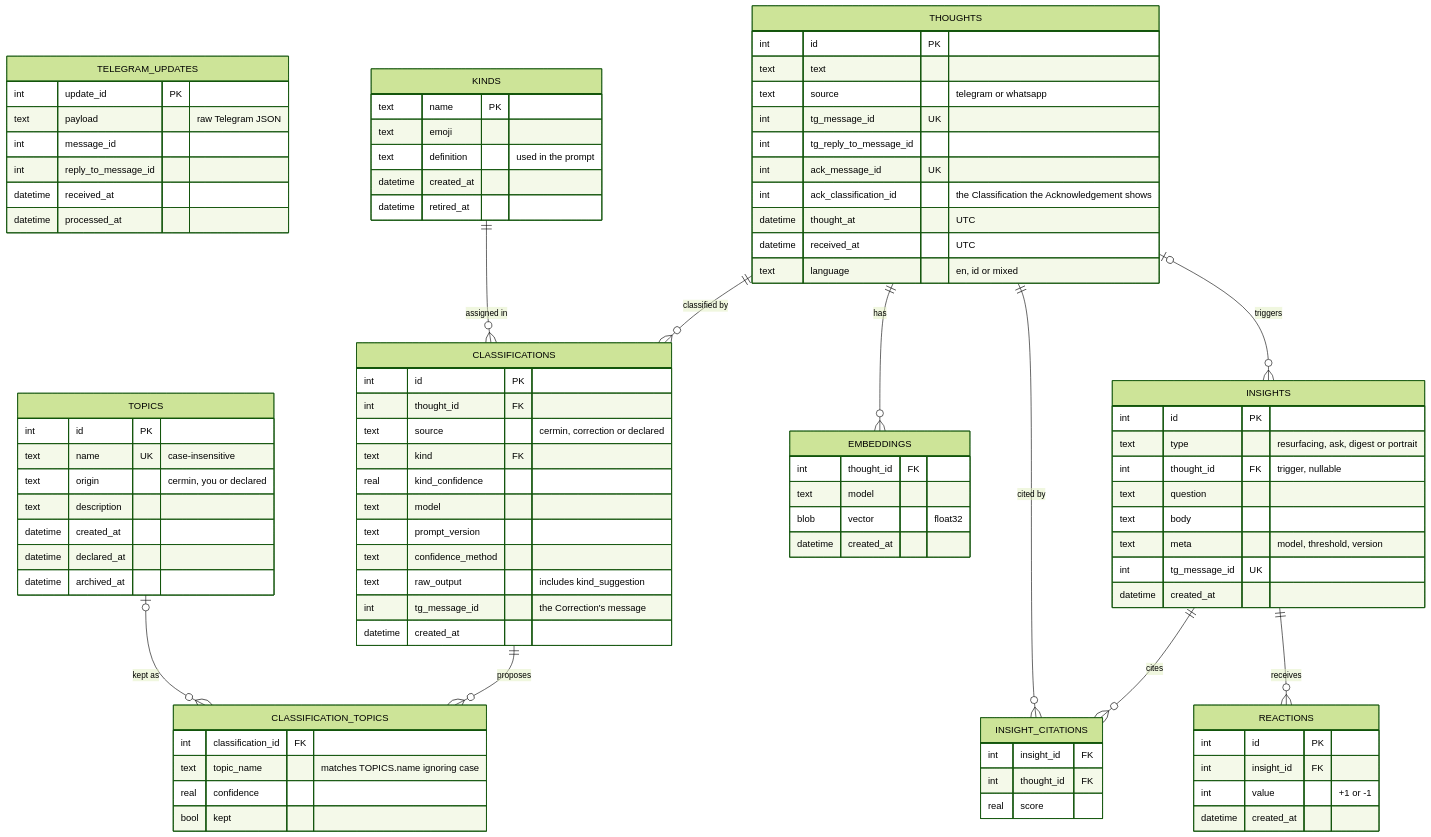
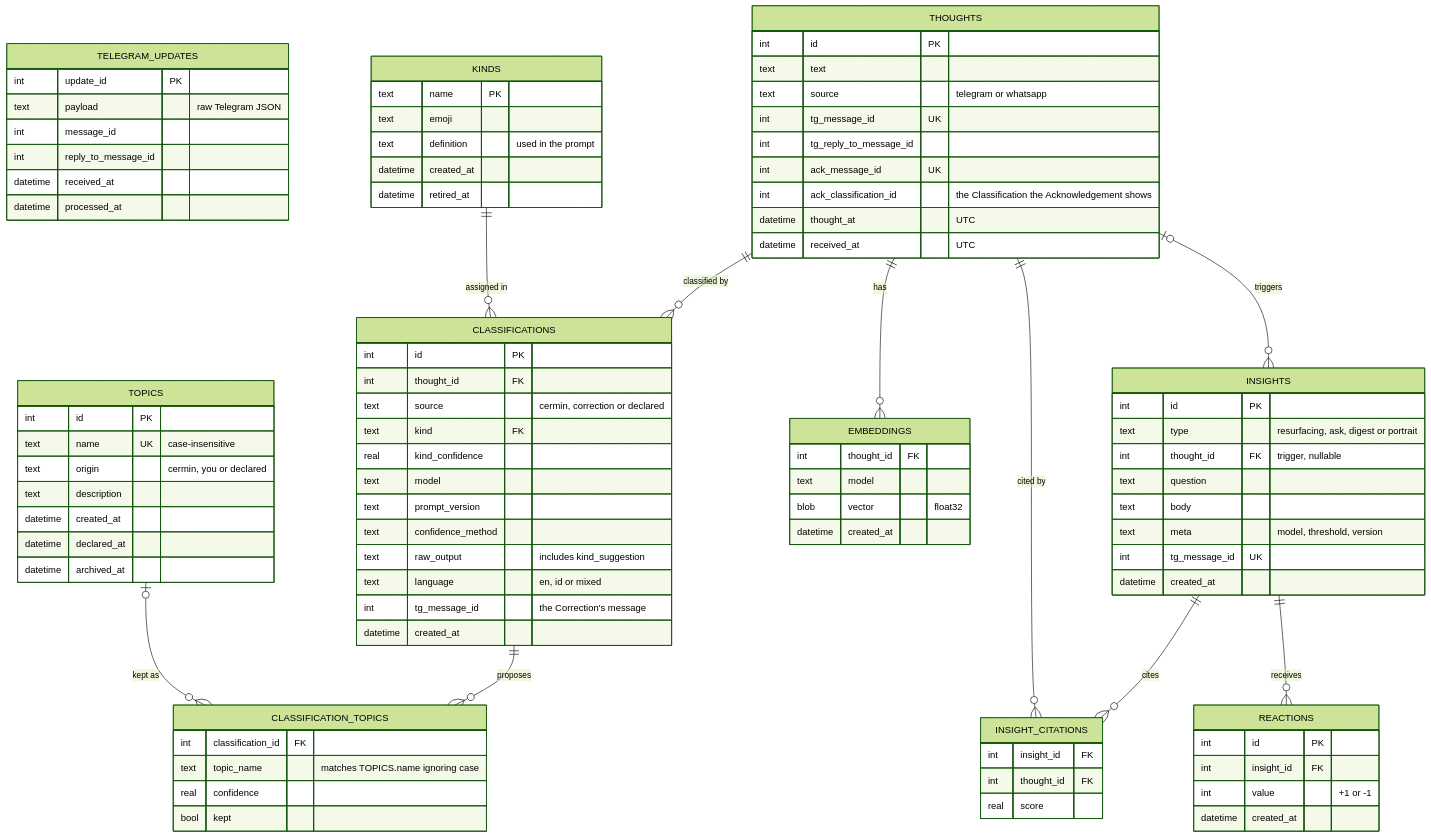
One commit to Arkoes07/cermin changed the third of 4 diagrams in docs/design/high-level-design.md. Above: the diagram before and after it, drawn with Mermaid (forest theme). The commit also changed other lines of this file and 10 other files, not shown here.

```diff
--- a/docs/design/high-level-design.md
+++ b/docs/design/high-level-design.md
@@ -198,7 +198,6 @@
         int ack_classification_id "the Classification the Acknowledgement shows"
         datetime thought_at "UTC"
         datetime received_at "UTC"
-        text language "en, id or mixed"
     }
     KINDS {
         text name PK
@@ -217,6 +216,7 @@
         text prompt_version
         text confidence_method
         text raw_output "includes kind_suggestion"
+        text language "en, id or mixed"
         int tg_message_id "the Correction's message"
         datetime created_at
     }
```
